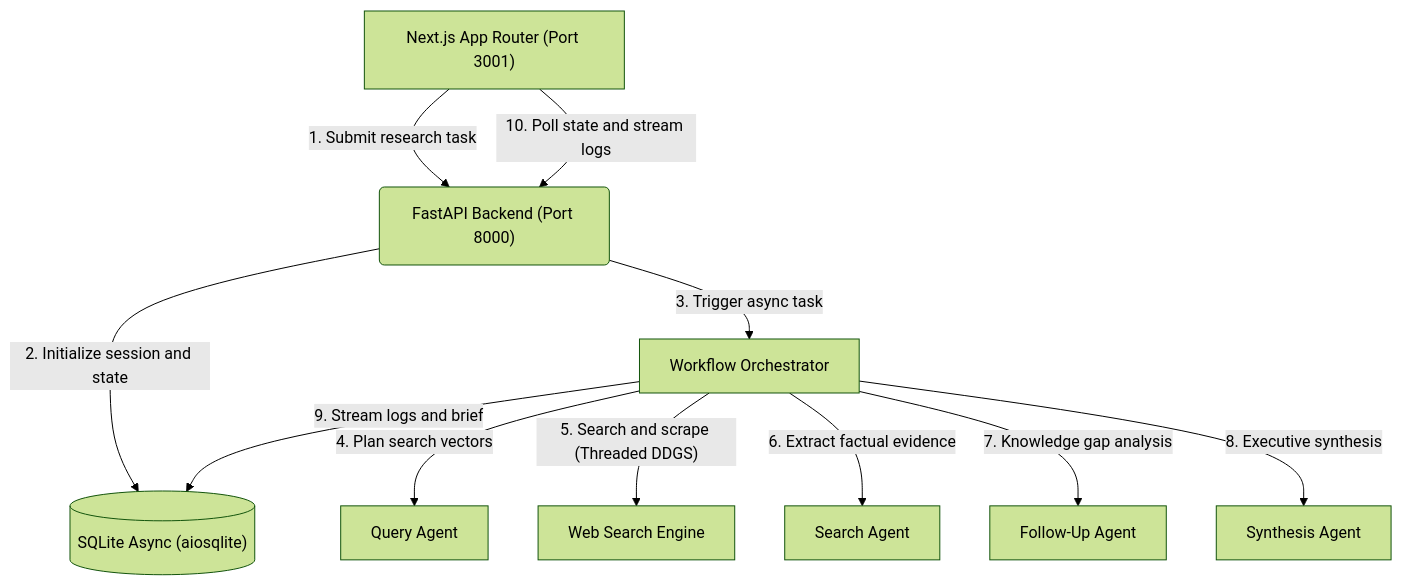
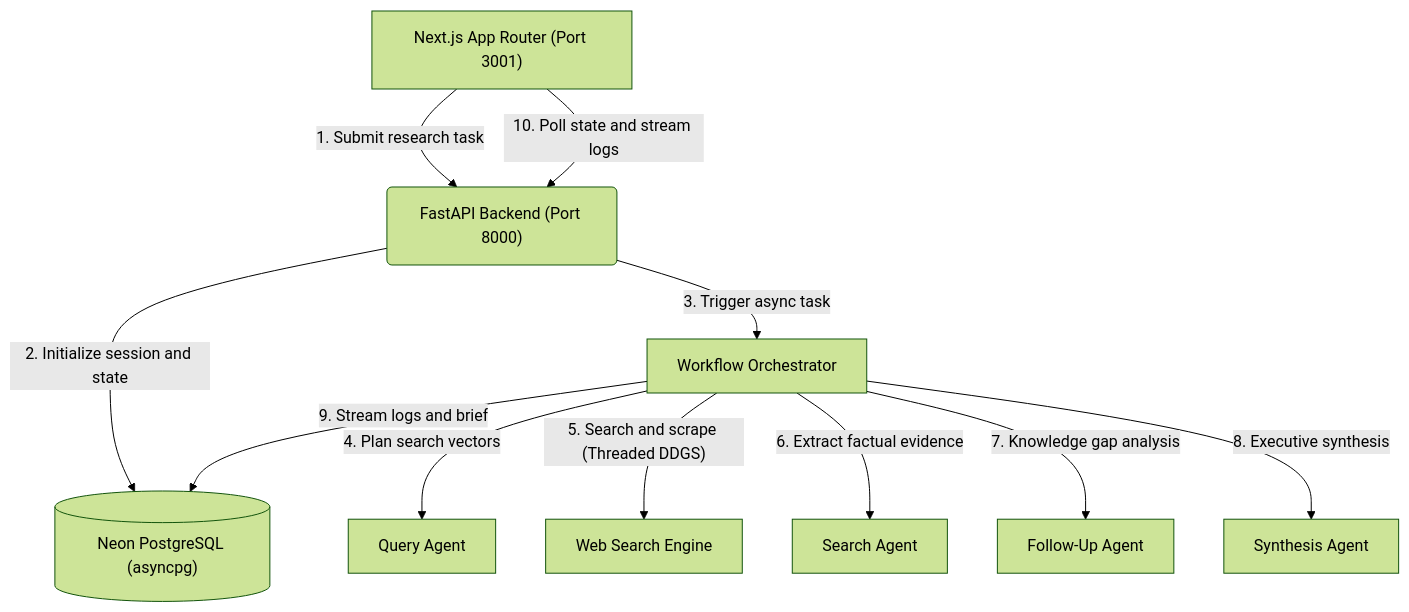
The diagram in README.md (Hetav21/Noesis), drawn with Mermaid (forest theme) before and after one commit. The commit also changed other lines of this file and 18 other files, not shown here.

First line of the commit message:
feat(deployment): configure PostgreSQL, dynamic CORS & API routing, and Vercel readiness (#20)

````diff
--- a/README.md
+++ b/README.md
@@ -20,13 +20,13 @@
 ```mermaid
 graph TD
     A["Next.js App Router (Port 3001)"] -->|"1. Submit research task"| B("FastAPI Backend (Port 8000)")
-    B -->|"2. Initialize session and state"| C[("SQLite Async (aiosqlite)")]
+    B -->|"2. Initialize session and state"| C[("Neon PostgreSQL (asyncpg)")]
     B -->|"3. Trigger async task"| D["Workflow Orchestrator"]
     D -->|"4. Plan search vectors"| E["Query Agent"]
     D -->|"5. Search and scrape (Threaded DDGS)"| F["Web Search Engine"]
     D -->|"6. Extract factual evidence"| G["Search Agent"]
     D -->|"7. Knowledge gap analysis"| H["Follow-Up Agent"]
     D -->|"8. Executive synthesis"| I["Synthesis Agent"]
     D -->|"9. Stream logs and brief"| C
     A -->|"10. Poll state and stream logs"| B
 ```
````
